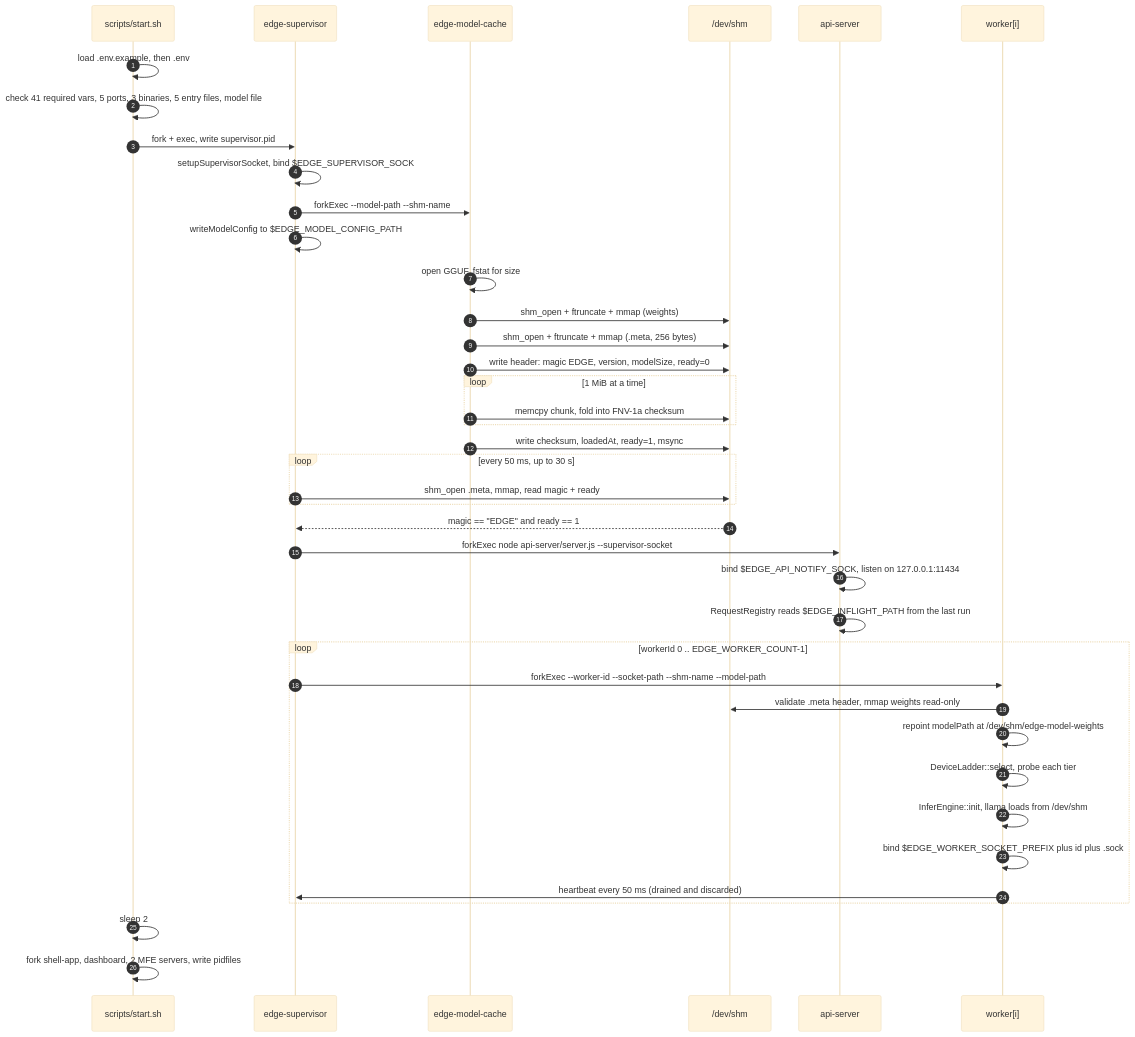
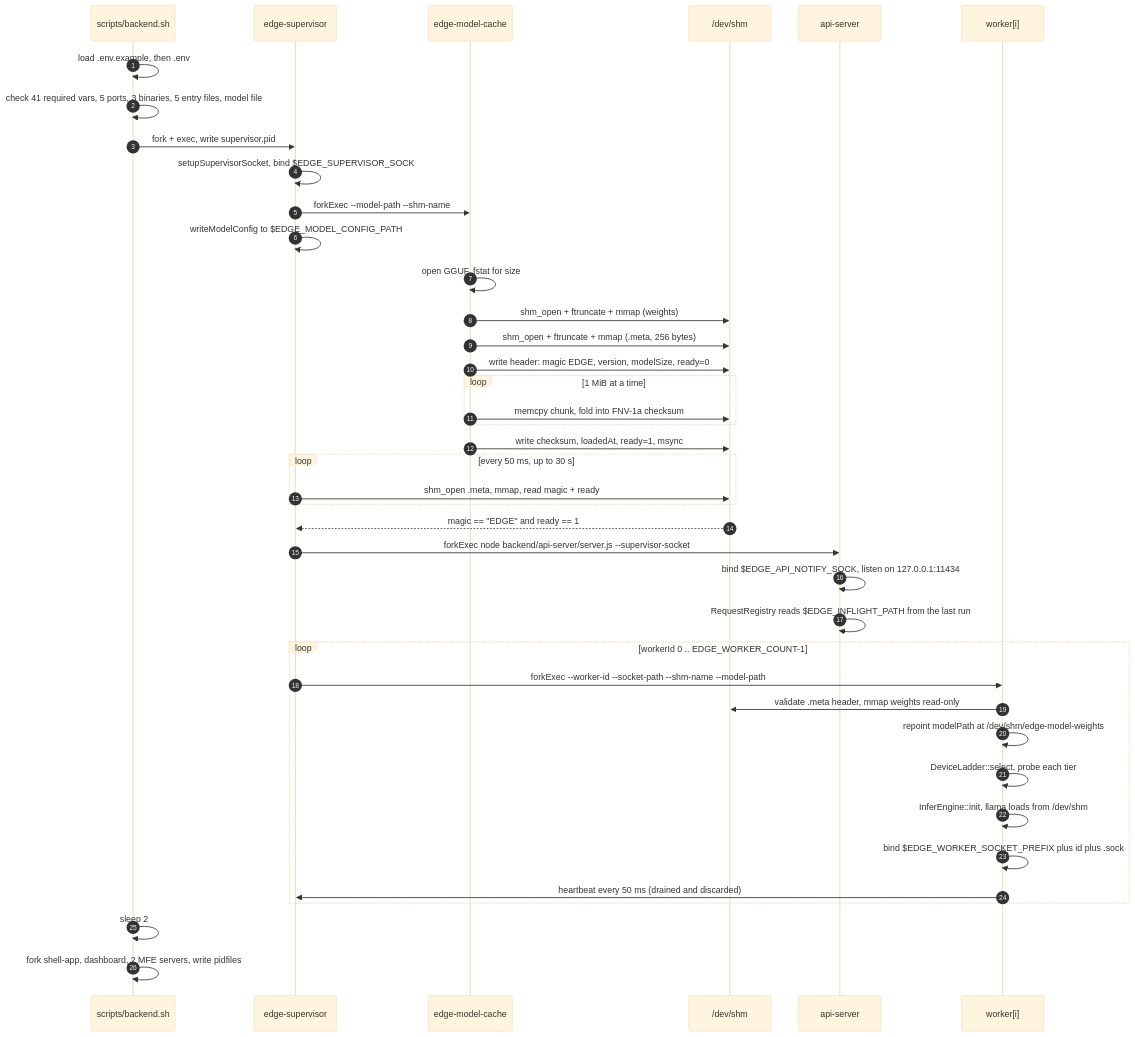
The fourth of 27 diagrams in docs/serveInfer_DOCUMENTATION.md (prawesh-12/serveInfer), drawn with Mermaid (base theme) before and after one commit. The commit also changed other lines of this file and 1427 other files, not shown here.

````diff
--- a/docs/serveInfer_DOCUMENTATION.md
+++ b/docs/serveInfer_DOCUMENTATION.md
@@ -221,49 +221,49 @@
 ```mermaid
 sequenceDiagram
     autonumber
-    participant SH as scripts/start.sh
+    participant SH as scripts/backend.sh
     participant SUP as edge-supervisor
     participant MC as edge-model-cache
     participant SHM as /dev/shm
     participant API as api-server
     participant W as worker[i]
 
     SH->>SH: load .env.example, then .env
     SH->>SH: check 41 required vars, 5 ports, 3 binaries, 5 entry files, model file
     SH->>SUP: fork + exec, write supervisor.pid
 
     SUP->>SUP: setupSupervisorSocket, bind $EDGE_SUPERVISOR_SOCK
     SUP->>MC: forkExec --model-path --shm-name
     SUP->>SUP: writeModelConfig to $EDGE_MODEL_CONFIG_PATH
 
     MC->>MC: open GGUF, fstat for size
     MC->>SHM: shm_open + ftruncate + mmap (weights)
     MC->>SHM: shm_open + ftruncate + mmap (.meta, 256 bytes)
     MC->>SHM: write header: magic EDGE, version, modelSize, ready=0
     loop 1 MiB at a time
         MC->>SHM: memcpy chunk, fold into FNV-1a checksum
     end
     MC->>SHM: write checksum, loadedAt, ready=1, msync
 
     loop every 50 ms, up to 30 s
         SUP->>SHM: shm_open .meta, mmap, read magic + ready
     end
     SHM-->>SUP: magic == "EDGE" and ready == 1
 
-    SUP->>API: forkExec node api-server/server.js --supervisor-socket
+    SUP->>API: forkExec node backend/api-server/server.js --supervisor-socket
     API->>API: bind $EDGE_API_NOTIFY_SOCK, listen on 127.0.0.1:11434
     API->>API: RequestRegistry reads $EDGE_INFLIGHT_PATH from the last run
 
     loop workerId 0 .. EDGE_WORKER_COUNT-1
         SUP->>W: forkExec --worker-id --socket-path --shm-name --model-path
         W->>SHM: validate .meta header, mmap weights read-only
         W->>W: repoint modelPath at /dev/shm/edge-model-weights
         W->>W: DeviceLadder::select, probe each tier
         W->>W: InferEngine::init, llama loads from /dev/shm
         W->>W: bind $EDGE_WORKER_SOCKET_PREFIX plus id plus .sock
         W->>SUP: heartbeat every 50 ms (drained and discarded)
     end
 
     SH->>SH: sleep 2
     SH->>SH: fork shell-app, dashboard, 2 MFE servers, write pidfiles
 ```
````
